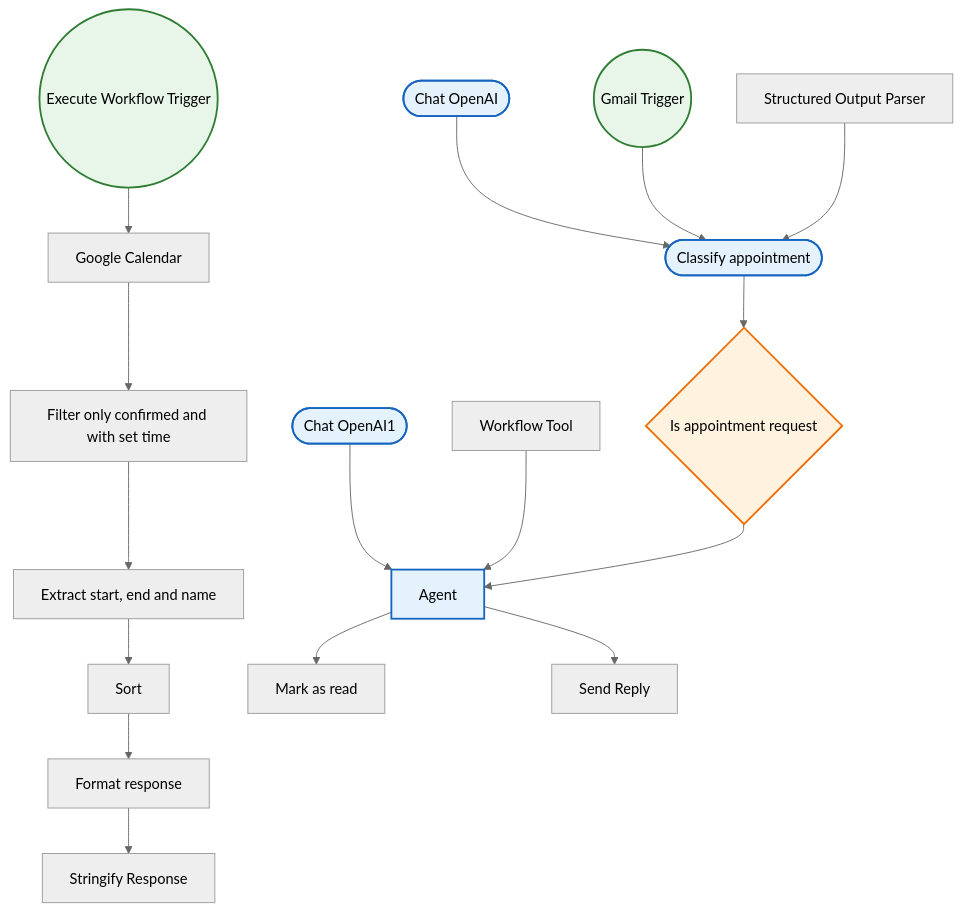
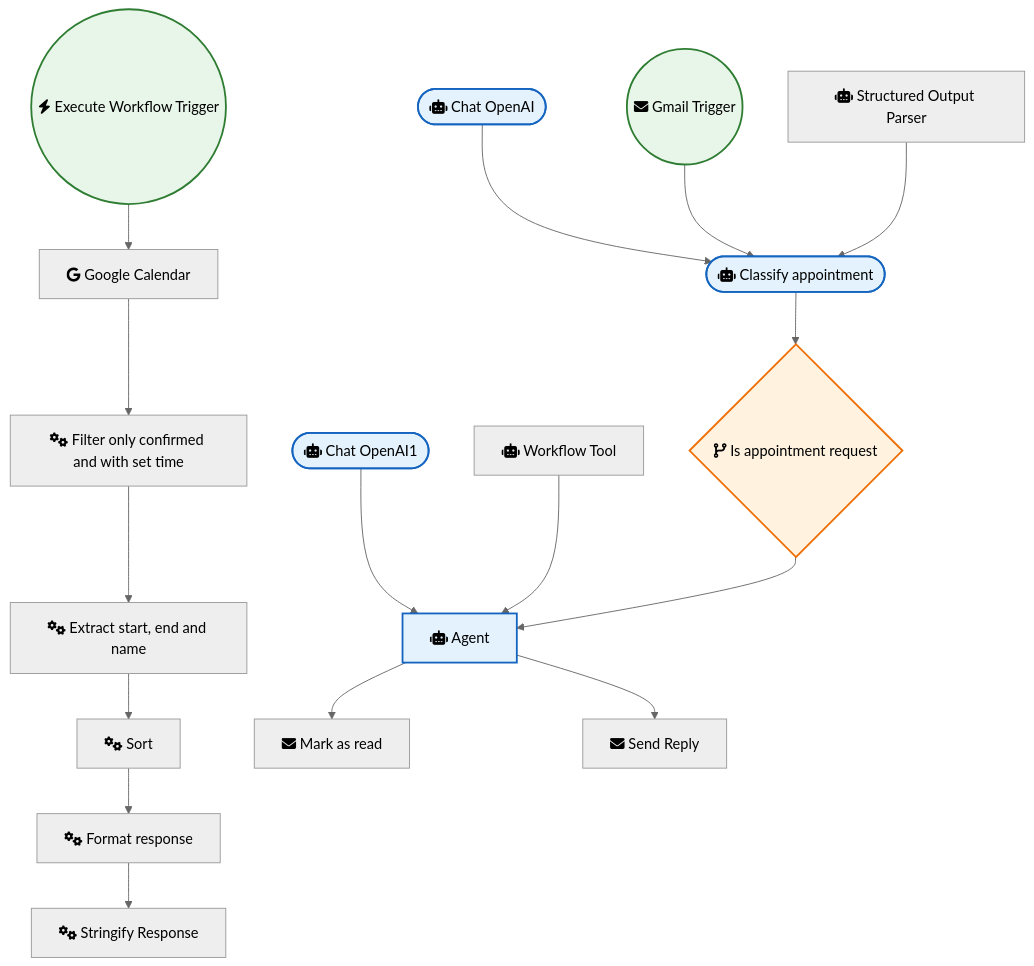
One commit to sreyash3105/N8N-DEMO-AUTOMATIONS changed the diagram in OpenAI_and_LLMs/Calendar Scheduling.md. Above: the diagram before and after it, drawn with Mermaid (neutral theme). The commit also changed 291 other files, not shown here.

````diff
--- a/OpenAI_and_LLMs/Calendar Scheduling.md
+++ b/OpenAI_and_LLMs/Calendar Scheduling.md
@@ -1,40 +1,40 @@
 ```mermaid
 graph TD
     classDef trigger fill:#e8f5e9,stroke:#2e7d32,stroke-width:2px;
     classDef ai fill:#e3f2fd,stroke:#1565c0,stroke-width:2px;
     classDef logic fill:#fff3e0,stroke:#ef6c00,stroke-width:2px;
 
-    Gmail_Trigger(("Gmail Trigger")):::trigger
-    Chat_OpenAI(["Chat OpenAI"]):::ai
-    Workflow_Tool["Workflow Tool"]
-    Chat_OpenAI1(["Chat OpenAI1"]):::ai
-    Google_Calendar["Google Calendar"]
-    Execute_Workflow_Trigger(("Execute Workflow Trigger")):::trigger
-    Format_response["Format response"]
-    Stringify_Response["Stringify Response"]
-    Extract_start__end_and_name["Extract start, end and name"]
-    Filter_only_confirmed_and_with_set_time["Filter only confirmed and with set time"]
-    Is_appointment_request{"Is appointment request"}:::logic
-    Classify_appointment(["Classify appointment"]):::ai
-    Structured_Output_Parser["Structured Output Parser"]
-    Sort["Sort"]
-    Mark_as_read["Mark as read"]
-    Send_Reply["Send Reply"]
-    Agent["Agent"]:::ai
+    Gmail_Trigger(("fas:fa-envelope Gmail Trigger")):::trigger
+    Chat_OpenAI(["fas:fa-robot Chat OpenAI"]):::ai
+    Workflow_Tool["fas:fa-robot Workflow Tool"]
+    Chat_OpenAI1(["fas:fa-robot Chat OpenAI1"]):::ai
+    Google_Calendar["fab:fa-google Google Calendar"]
+    Execute_Workflow_Trigger(("fas:fa-bolt Execute Workflow Trigger")):::trigger
+    Format_response["fas:fa-cogs Format response"]
+    Stringify_Response["fas:fa-cogs Stringify Response"]
+    Extract_start__end_and_name["fas:fa-cogs Extract start, end and name"]
+    Filter_only_confirmed_and_with_set_time["fas:fa-cogs Filter only confirmed and with set time"]
+    Is_appointment_request{"fas:fa-code-branch Is appointment request"}:::logic
+    Classify_appointment(["fas:fa-robot Classify appointment"]):::ai
+    Structured_Output_Parser["fas:fa-robot Structured Output Parser"]
+    Sort["fas:fa-cogs Sort"]
+    Mark_as_read["fas:fa-envelope Mark as read"]
+    Send_Reply["fas:fa-envelope Send Reply"]
+    Agent["fas:fa-robot Agent"]:::ai
 
     Sort --> Format_response
     Agent --> Send_Reply
     Agent --> Mark_as_read
     Chat_OpenAI --> Classify_appointment
     Chat_OpenAI1 --> Agent
     Gmail_Trigger --> Classify_appointment
     Workflow_Tool --> Agent
     Format_response --> Stringify_Response
     Google_Calendar --> Filter_only_confirmed_and_with_set_time
     Classify_appointment --> Is_appointment_request
     Is_appointment_request --> Agent
     Execute_Workflow_Trigger --> Google_Calendar
     Structured_Output_Parser --> Classify_appointment
     Extract_start__end_and_name --> Sort
     Filter_only_confirmed_and_with_set_time --> Extract_start__end_and_name
 ```
````
